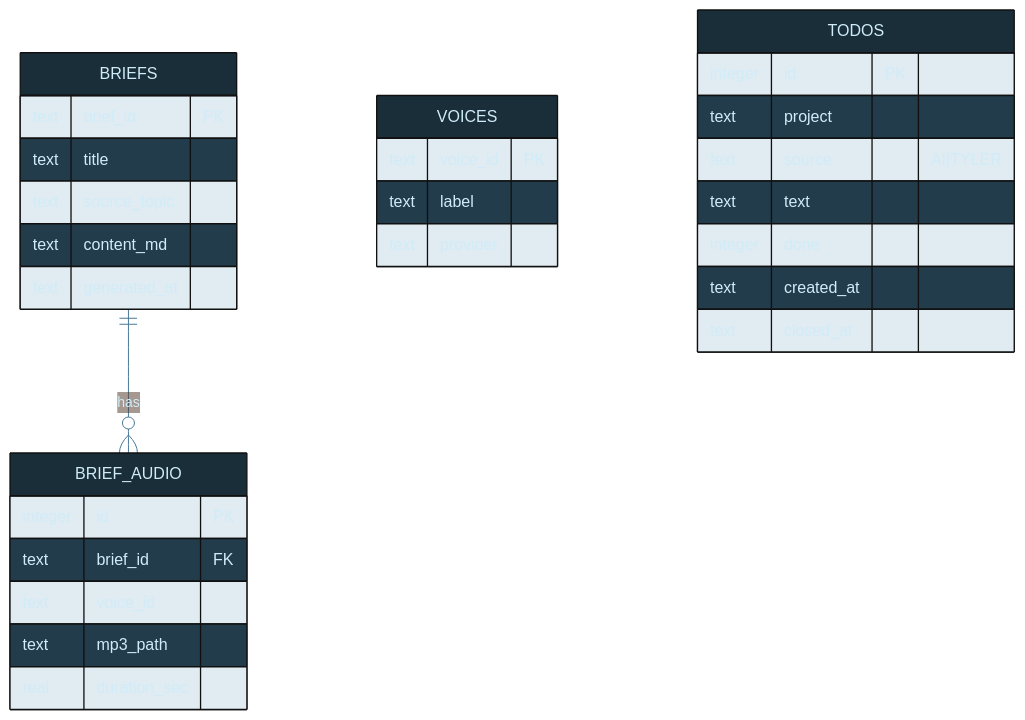
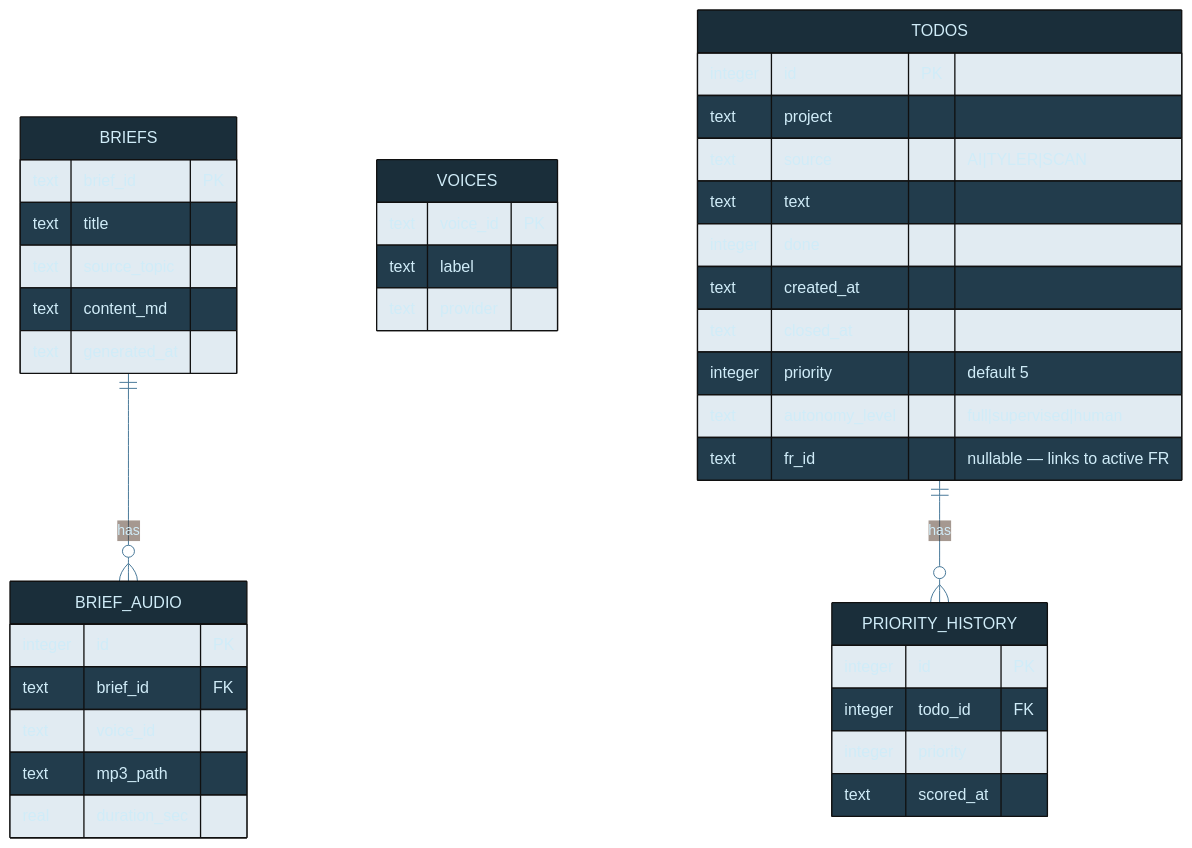
Before and after one commit to tylerdrakemusic/-Workspace: the diagram in diagrams/manifest-db-schema.mmd, drawn with Mermaid. The commit also changed 3 other files, not shown here.

```diff
--- a/diagrams/manifest-db-schema.mmd
+++ b/diagrams/manifest-db-schema.mmd
@@ -1,31 +1,41 @@
 %%{init: {'theme': 'base', 'themeVariables': {'primaryColor': '#1a2e3a', 'primaryTextColor': '#d0ecf8', 'edgeLabelBackground': '#0f1318', 'lineColor': '#4a7a9a'}}}%%
 erDiagram
     BRIEFS ||--o{ BRIEF_AUDIO : has
     BRIEFS {
         text brief_id PK
         text title
         text source_topic
         text content_md
         text generated_at
     }
     BRIEF_AUDIO {
         integer id PK
         text brief_id FK
         text voice_id
         text mp3_path
         real duration_sec
     }
     VOICES {
         text voice_id PK
         text label
         text provider
     }
+    TODOS ||--o{ PRIORITY_HISTORY : has
     TODOS {
         integer id PK
         text project
-        text source "AI|TYLER"
+        text source "AI|TYLER|SCAN"
         text text
         integer done
         text created_at
         text closed_at
+        integer priority "default 5"
+        text autonomy_level "full|supervised|human"
+        text fr_id "nullable — links to active FR"
     }
+    PRIORITY_HISTORY {
+        integer id PK
+        integer todo_id FK
+        integer priority
+        text scored_at
+    }
```
